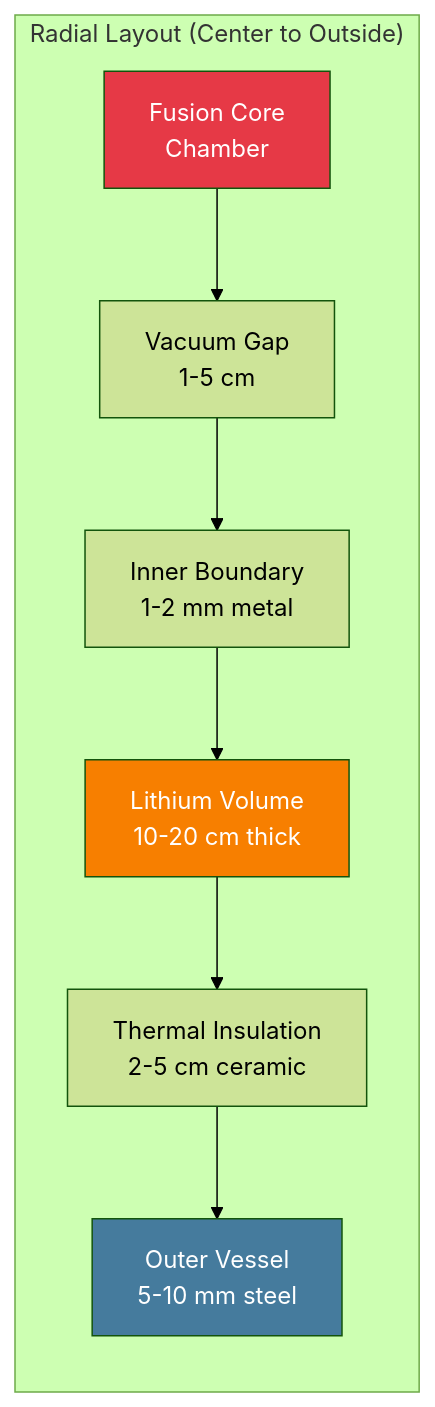
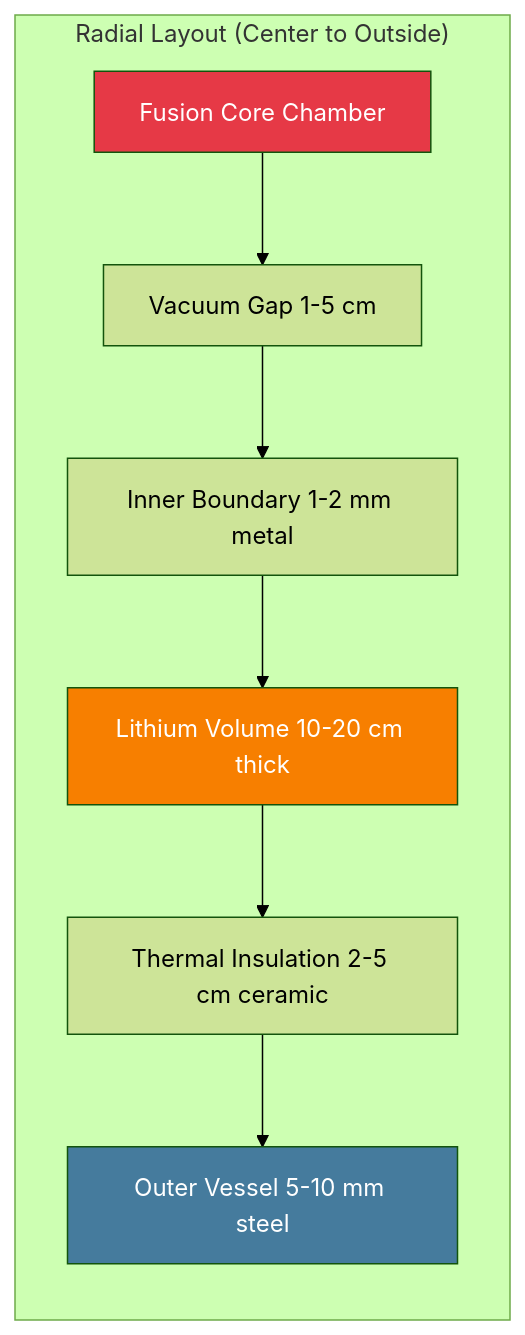
Before and after one commit to szemkoff/LAFRES: the third of 11 diagrams in website/docs/system-architecture.md, drawn with Mermaid (forest theme). The commit also changed other lines of this file and 7 other files, not shown here.

First line of the commit message:
Fix Mermaid diagram syntax - remove br tags

````diff
--- a/website/docs/system-architecture.md
+++ b/website/docs/system-architecture.md
@@ -142,14 +142,14 @@
 ```mermaid
 graph LR
     subgraph "Radial Layout (Center to Outside)"
-    A[Fusion Core<br/>Chamber] --> B[Vacuum Gap<br/>1-5 cm]
-    B --> C[Inner Boundary<br/>1-2 mm metal]
-    C --> D[Lithium Volume<br/>10-20 cm thick]
-    D --> E[Thermal Insulation<br/>2-5 cm ceramic]
-    E --> F[Outer Vessel<br/>5-10 mm steel]
+    A[Fusion Core Chamber] --> B[Vacuum Gap 1-5 cm]
+    B --> C[Inner Boundary 1-2 mm metal]
+    C --> D[Lithium Volume 10-20 cm thick]
+    D --> E[Thermal Insulation 2-5 cm ceramic]
+    E --> F[Outer Vessel 5-10 mm steel]
     end
     
     style A fill:#e63946,color:#fff
     style D fill:#f77f00,color:#fff
     style F fill:#457b9d,color:#fff
 ```
````
